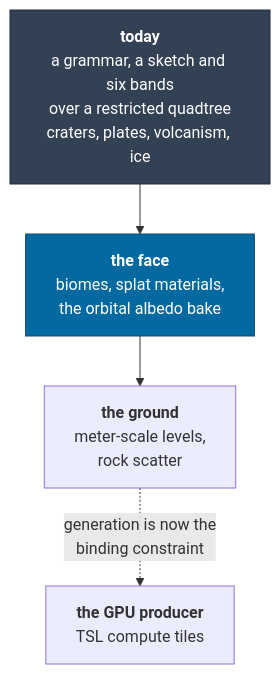
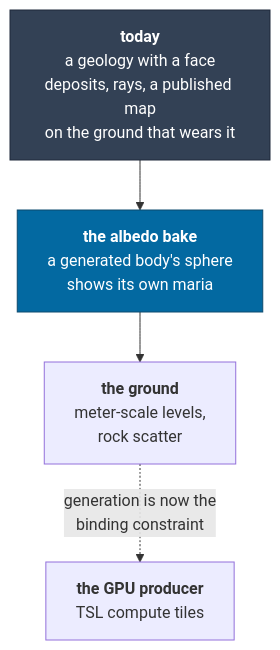
Before and after one commit to jonjaques/inertialref: the second of 3 diagrams in docs/roadmap.md, drawn with Mermaid. The commit also changed other lines of this file and 48 other files, not shown here.

First line of the commit message:
The ground stops being a colour and becomes a face (#37)

````diff
--- a/docs/roadmap.md
+++ b/docs/roadmap.md
@@ -114,13 +114,13 @@
 ```mermaid
 flowchart TB
-    NOW["<b>today</b><br/>a grammar, a sketch and six bands<br/>over a restricted quadtree<br/>craters, plates, volcanism, ice"]
-    D["<b>the face</b><br/>biomes, splat materials,<br/>the orbital albedo bake"]
+    NOW["<b>today</b><br/>a geology with a face<br/>deposits, rays, a published map<br/>on the ground that wears it"]
+    D["<b>the albedo bake</b><br/>a generated body's sphere<br/>shows its own maria"]
     E["<b>the ground</b><br/>meter-scale levels,<br/>rock scatter"]
     F["<b>the GPU producer</b><br/>TSL compute tiles"]
 
     NOW --> D --> E
     E -.->|"generation is now the<br/>binding constraint"| F
 
     style NOW fill:#334155,stroke:#1e293b,color:#fff
     style D fill:#0369a1,stroke:#0c4a6e,color:#fff
 ```
````
